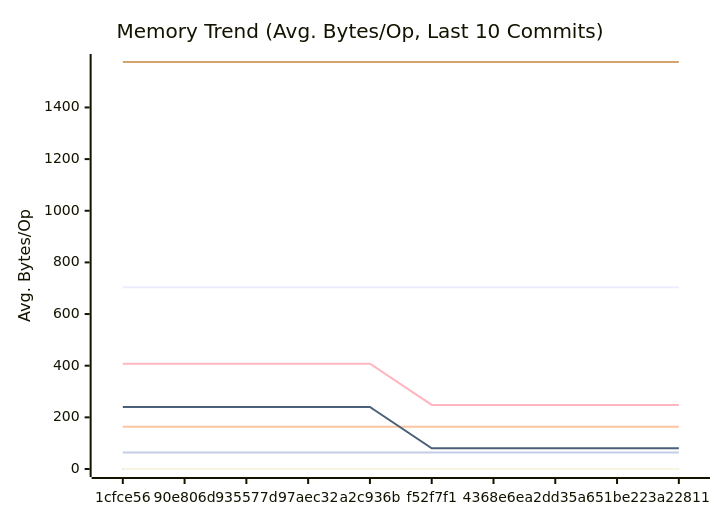
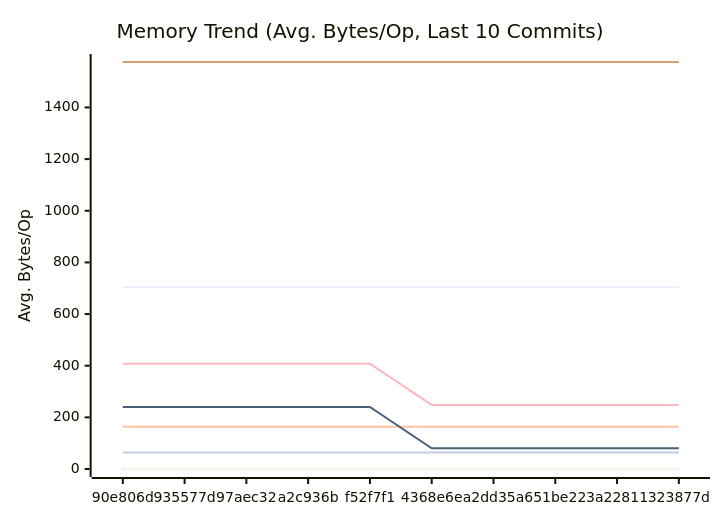
Before and after one commit to alsotoes/momo: the second of 3 diagrams in docs/PERFORMANCE.md, drawn with Mermaid. The commit also changed other lines of this file and 2 other files, not shown here.

````diff
--- a/docs/PERFORMANCE.md
+++ b/docs/PERFORMANCE.md
@@ -152,18 +152,18 @@
 ```mermaid
 xychart-beta
     title "Memory Trend (Avg. Bytes/Op, Last 10 Commits)"
     x-axis "Commit"
     y-axis "Avg. Bytes/Op"
-    x-axis [1cfce56,90e806d,935577d,97aec32,a2c936b,f52f7f1,4368e6e,a2dd35a,651be22,3a22811]
+    x-axis [90e806d,935577d,97aec32,a2c936b,f52f7f1,4368e6e,a2dd35a,651be22,3a22811,323877d]
     line "CheckMetricsAndSwap" [0,0,0,0,0,0,0,0,0,0]
     line "CrushOptimized" [0,0,0,0,0,0,0,0,0,0]
     line "CrushOriginal" [164,164,164,164,164,164,164,164,164,164]
     line "IndexDirectTracking" [0,0,0,0,0,0,0,0,0,0]
     line "IndexSearch" [0,0,0,0,0,0,0,0,0,0]
     line "LoadGlobalConfig" [1576,1576,1576,1576,1576,1576,1576,1576,1576,1576]
     line "PadString" [64,64,64,64,64,64,64,64,64,64]
     line "ParseReplicationOrder_NoPrealloc" [408,408,408,408,408,248,248,248,248,248]
     line "ParseReplicationOrder_Prealloc" [240,240,240,240,240,80,80,80,80,80]
     line "SanitizeLog/Safe" [0,0,0,0,0,0,0,0,0,0]
     line "SanitizeLog/Unsafe" [704,704,704,704,704,704,704,704,704,704]
 ```
````
